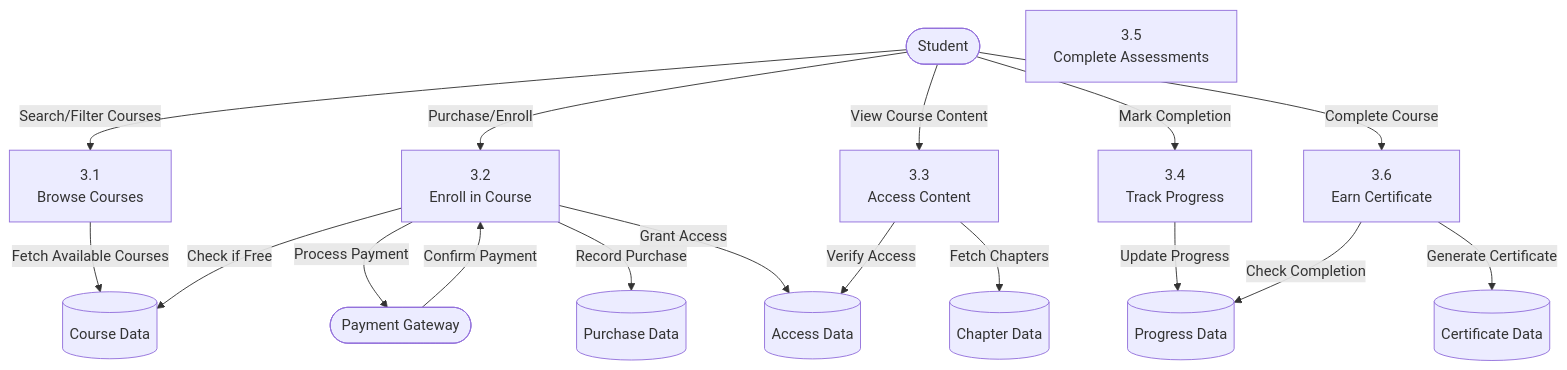
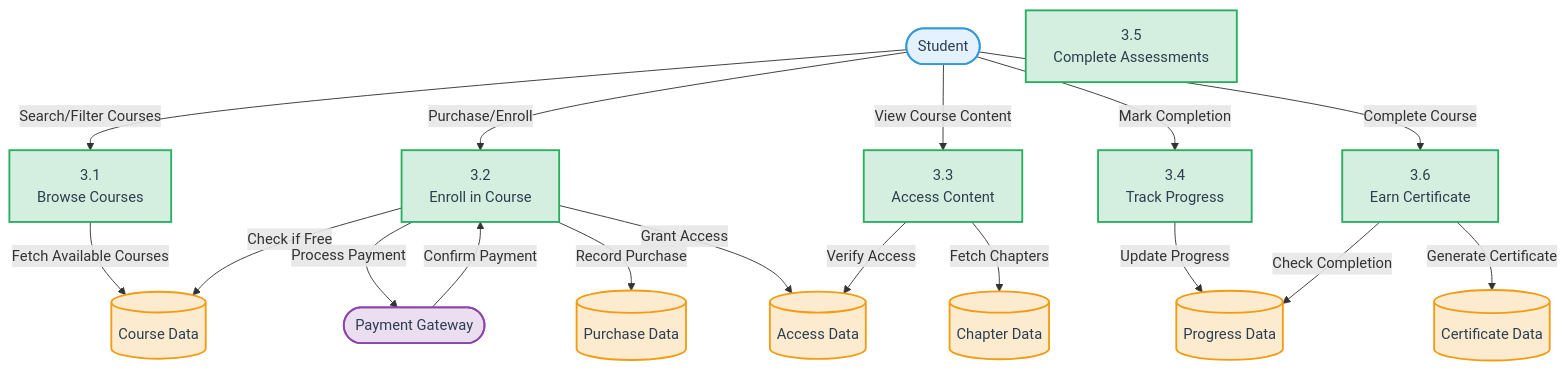
One commit to angel7544/lms_MajorProject_2025 changed the fourth of 5 diagrams in DFD.md. Above: the diagram before and after it, drawn with Mermaid. The commit also changed other lines of this file, not shown here.

````diff
--- a/DFD.md
+++ b/DFD.md
@@ -156,44 +204,60 @@
 ```mermaid
 flowchart TD
+    %% Define styles for better printing
+    classDef entity fill:#e4f1fe,stroke:#3498db,stroke-width:2px,color:#2c3e50
+    classDef process fill:#d4efdf,stroke:#27ae60,stroke-width:2px,color:#2c3e50
+    classDef store fill:#fdebd0,stroke:#f39c12,stroke-width:2px,color:#2c3e50
+    classDef external fill:#ebdef0,stroke:#8e44ad,stroke-width:2px,color:#2c3e50
+    
     %% External Entities
-    Student([Student])
-    Payment([Payment Gateway])
+    Student([Student]):::entity
+    Payment([Payment Gateway]):::external
     
     %% Processes
-    BrowseCourses[3.1\nBrowse Courses]
-    EnrollCourse[3.2\nEnroll in Course]
-    AccessContent[3.3\nAccess Content]
-    TrackProgress[3.4\nTrack Progress]
-    CompleteAssessments[3.5\nComplete Assessments]
-    EarnCertificate[3.6\nEarn Certificate]
+    BrowseCourses[3.1<br>Browse Courses]:::process
+    EnrollCourse[3.2<br>Enroll in Course]:::process
+    AccessContent[3.3<br>Access Content]:::process
+    TrackProgress[3.4<br>Track Progress]:::process
+    CompleteAssessments[3.5<br>Complete Assessments]:::process
+    EarnCertificate[3.6<br>Earn Certificate]:::process
     
     %% Data Stores
-    CourseStore[(Course Data)]
-    AccessStore[(Access Data)]
-    PurchaseStore[(Purchase Data)]
-    ChapterStore[(Chapter Data)]
-    ProgressStore[(Progress Data)]
-    CertificateStore[(Certificate Data)]
+    CourseStore[(Course Data)]:::store
+    AccessStore[(Access Data)]:::store
+    PurchaseStore[(Purchase Data)]:::store
+    ChapterStore[(Chapter Data)]:::store
+    ProgressStore[(Progress Data)]:::store
+    CertificateStore[(Certificate Data)]:::store
     
-    %% Flows
+    %% Course browsing flows
     Student -->|Search/Filter Courses| BrowseCourses
     BrowseCourses -->|Fetch Available Courses| CourseStore
     
+    %% Enrollment flows
     Student -->|Purchase/Enroll| EnrollCourse
     EnrollCourse -->|Check if Free| CourseStore
     EnrollCourse -->|Process Payment| Payment
     Payment -->|Confirm Payment| EnrollCourse
     EnrollCourse -->|Record Purchase| PurchaseStore
     EnrollCourse -->|Grant Access| AccessStore
     
+    %% Content access flows
     Student -->|View Course Content| AccessContent
     AccessContent -->|Verify Access| AccessStore
     AccessContent -->|Fetch Chapters| ChapterStore
     
+    %% Progress tracking flows
     Student -->|Mark Completion| TrackProgress
     TrackProgress -->|Update Progress| ProgressStore
     
+    %% Assessment flows
     Student -->|Complete Course| EarnCertificate
     EarnCertificate -->|Check Completion| ProgressStore
     EarnCertificate -->|Generate Certificate| CertificateStore
+    
+    %% Define diagram title and caption
+    subgraph DFD2B[" "]
+        direction TB
+        style DFD2B fill:none,stroke:none
+    end
 ```
````
